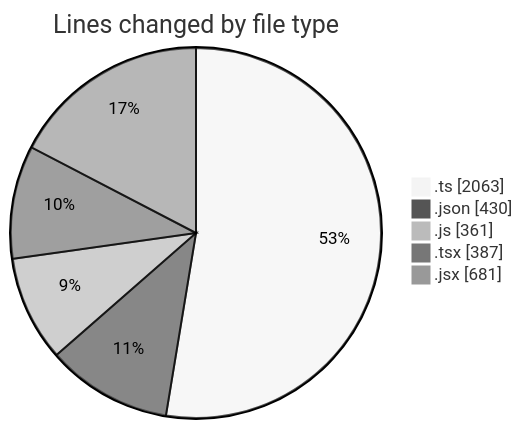
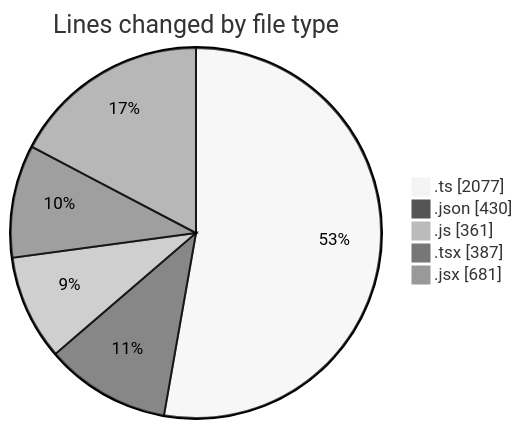
Before and after one commit to momahboobian/code-tracking: the first of 2 diagrams in 2025-10-29/cda/README.md, drawn with Mermaid (neutral theme). The commit also changed other lines of this file and 1 other file, not shown here.

````diff
--- a/2025-10-29/cda/README.md
+++ b/2025-10-29/cda/README.md
@@ -33,9 +33,9 @@
 ```mermaid
 pie showData
 title Lines changed by file type
-".ts" : 2063
+".ts" : 2077
 ".json" : 430
 ".js" : 361
 ".tsx" : 387
 ".jsx" : 681
 ```
````
